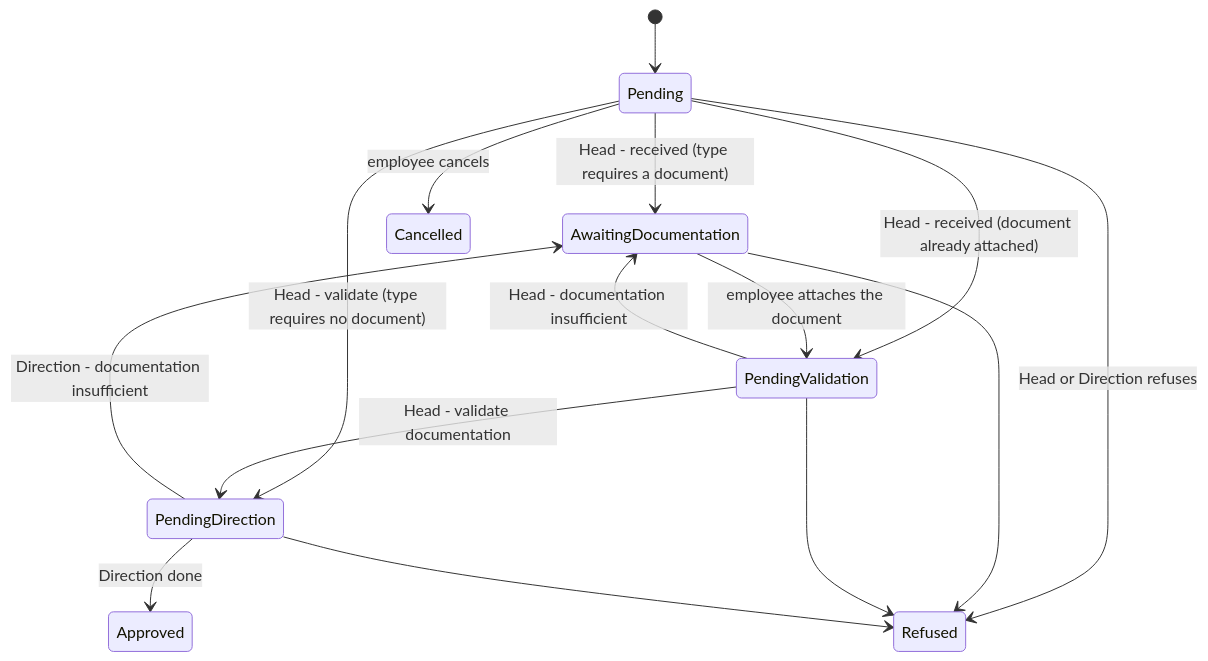
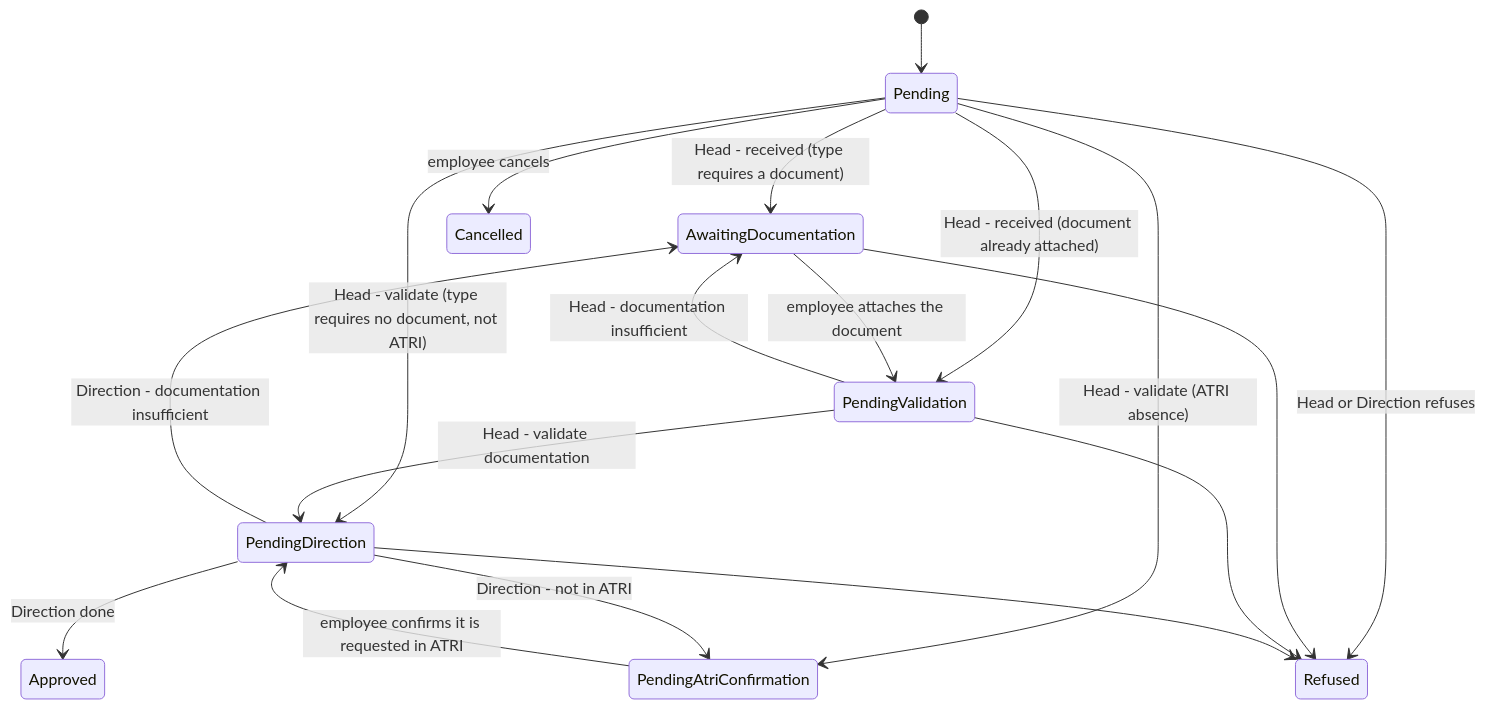
The second of 8 diagrams in docs/en/developers/employees/absence.md (ElPuig/EMS), drawn with Mermaid before and after one commit. The commit also changed other lines of this file and 38 other files, not shown here.

````diff
--- a/docs/en/developers/employees/absence.md
+++ b/docs/en/developers/employees/absence.md
@@ -152,17 +155,20 @@
 ```mermaid
 stateDiagram-v2
     [*] --> Pending
     Pending --> AwaitingDocumentation: Head - received (type requires a document)
     Pending --> PendingValidation: Head - received (document already attached)
-    Pending --> PendingDirection: Head - validate (type requires no document)
+    Pending --> PendingDirection: Head - validate (type requires no document, not ATRI)
     AwaitingDocumentation --> PendingValidation: employee attaches the document
     PendingValidation --> PendingDirection: Head - validate documentation
+    Pending --> PendingAtriConfirmation: Head - validate (ATRI absence)
+    PendingAtriConfirmation --> PendingDirection: employee confirms it is requested in ATRI
+    PendingDirection --> PendingAtriConfirmation: Direction - not in ATRI
     PendingValidation --> AwaitingDocumentation: Head - documentation insufficient
     PendingDirection --> AwaitingDocumentation: Direction - documentation insufficient
     PendingDirection --> Approved: Direction done
     Pending --> Refused: Head or Direction refuses
     AwaitingDocumentation --> Refused
     PendingValidation --> Refused
     PendingDirection --> Refused
     Pending --> Cancelled: employee cancels
 ```
````
